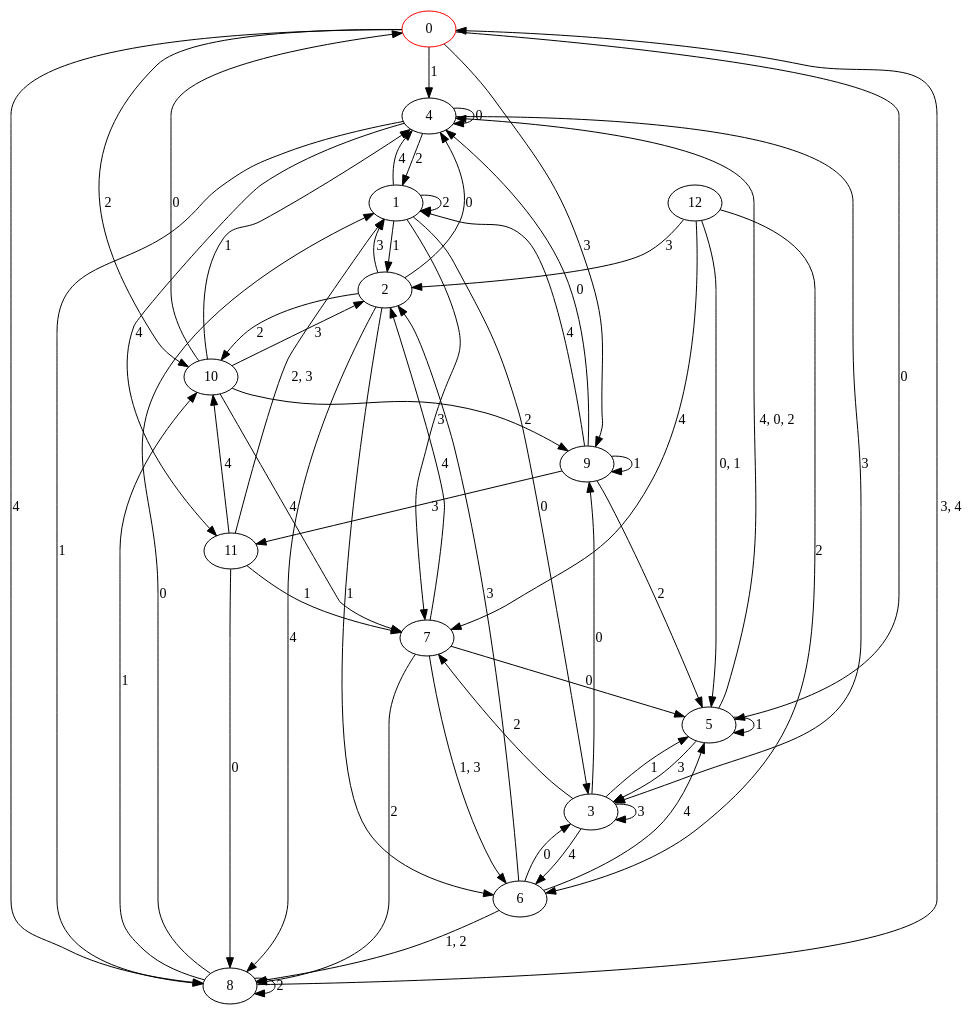
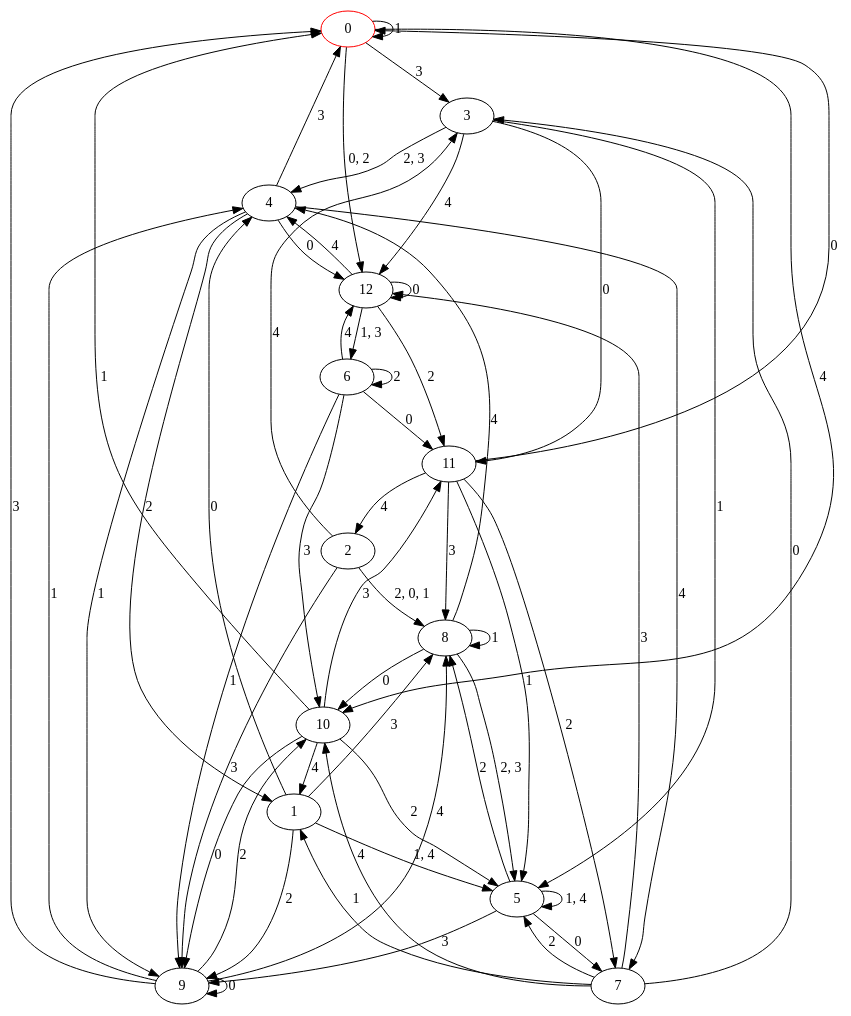
Before and after one commit to Jakub-Ciecierski/AutomatonOptimization: the diagram in automata/res/dfa_s13_r5/s13_r5.dot, drawn with Graphviz. The commit also changed 41 other files, not shown here.

```diff
--- a/automata/res/dfa_s13_r5/s13_r5.dot
+++ b/automata/res/dfa_s13_r5/s13_r5.dot
@@ -1,73 +1,72 @@
 digraph g {
 0 [label= "0"] [color="red"];
 1 [label= "1"];
 2 [label= "2"];
 3 [label= "3"];
 4 [label= "4"];
 5 [label= "5"];
 6 [label= "6"];
 7 [label= "7"];
 8 [label= "8"];
 9 [label= "9"];
 10 [label= "10"];
 11 [label= "11"];
 12 [label= "12"];
-0 -> 5[label= "0"];
-0 -> 4[label= "1"];
-0 -> 10[label= "2"];
-0 -> 9[label= "3"];
-0 -> 8[label= "4"];
-1 -> 3[label= "0"];
-1 -> 2[label= "1"];
-1 -> 1[label= "2"];
-1 -> 7[label= "3"];
-1 -> 4[label= "4"];
-2 -> 4[label= "0"];
-2 -> 6[label= "1"];
-2 -> 10[label= "2"];
-2 -> 1[label= "3"];
-2 -> 8[label= "4"];
-3 -> 9[label= "0"];
+0 -> 0[label= "1"];
+0 -> 3[label= "3"];
+0 -> 10[label= "4"];
+1 -> 4[label= "0"];
+1 -> 9[label= "2"];
+1 -> 8[label= "3"];
+2 -> 9[label= "3"];
+2 -> 3[label= "4"];
+3 -> 11[label= "0"];
 3 -> 5[label= "1"];
-3 -> 7[label= "2"];
-3 -> 3[label= "3"];
-3 -> 6[label= "4"];
-4 -> 4[label= "0"];
-4 -> 8[label= "1"];
+3 -> 12[label= "4"];
+4 -> 12[label= "0"];
+4 -> 9[label= "1"];
 4 -> 1[label= "2"];
-4 -> 3[label= "3"];
-4 -> 11[label= "4"];
-5 -> 5[label= "1"];
-5 -> 3[label= "3"];
-6 -> 3[label= "0"];
-6 -> 2[label= "3"];
-6 -> 5[label= "4"];
-7 -> 5[label= "0"];
-7 -> 8[label= "2"];
-7 -> 2[label= "4"];
-8 -> 1[label= "0"];
-8 -> 10[label= "1"];
-8 -> 8[label= "2"];
-9 -> 4[label= "0"];
-9 -> 9[label= "1"];
-9 -> 5[label= "2"];
-9 -> 11[label= "3"];
-9 -> 1[label= "4"];
-10 -> 0[label= "0"];
-10 -> 4[label= "1"];
-10 -> 9[label= "2"];
-10 -> 2[label= "3"];
-10 -> 7[label= "4"];
-11 -> 8[label= "0"];
-11 -> 7[label= "1"];
-11 -> 10[label= "4"];
-12 -> 6[label= "2"];
-12 -> 2[label= "3"];
-12 -> 7[label= "4"];
-5 -> 4[label= "4, 0, 2"];
-6 -> 8[label= "1, 2"];
-7 -> 6[label= "1, 3"];
-8 -> 0[label= "3, 4"];
-11 -> 1[label= "2, 3"];
-12 -> 5[label= "0, 1"];
+4 -> 0[label= "3"];
+4 -> 7[label= "4"];
+5 -> 7[label= "0"];
+5 -> 8[label= "2"];
+5 -> 9[label= "3"];
+6 -> 11[label= "0"];
+6 -> 9[label= "1"];
+6 -> 6[label= "2"];
+6 -> 10[label= "3"];
+6 -> 12[label= "4"];
+7 -> 3[label= "0"];
+7 -> 1[label= "1"];
+7 -> 5[label= "2"];
+7 -> 12[label= "3"];
+7 -> 10[label= "4"];
+8 -> 10[label= "0"];
+8 -> 8[label= "1"];
+8 -> 4[label= "4"];
+9 -> 9[label= "0"];
+9 -> 4[label= "1"];
+9 -> 10[label= "2"];
+9 -> 0[label= "3"];
+9 -> 8[label= "4"];
+10 -> 9[label= "0"];
+10 -> 0[label= "1"];
+10 -> 5[label= "2"];
+10 -> 11[label= "3"];
+10 -> 1[label= "4"];
+11 -> 0[label= "0"];
+11 -> 5[label= "1"];
+11 -> 7[label= "2"];
+11 -> 8[label= "3"];
+11 -> 2[label= "4"];
+12 -> 12[label= "0"];
+12 -> 11[label= "2"];
+12 -> 4[label= "4"];
+0 -> 12[label= "0, 2"];
+1 -> 5[label= "1, 4"];
+2 -> 8[label= "2, 0, 1"];
+3 -> 4[label= "2, 3"];
+5 -> 5[label= "1, 4"];
+8 -> 5[label= "2, 3"];
+12 -> 6[label= "1, 3"];
 }
```
